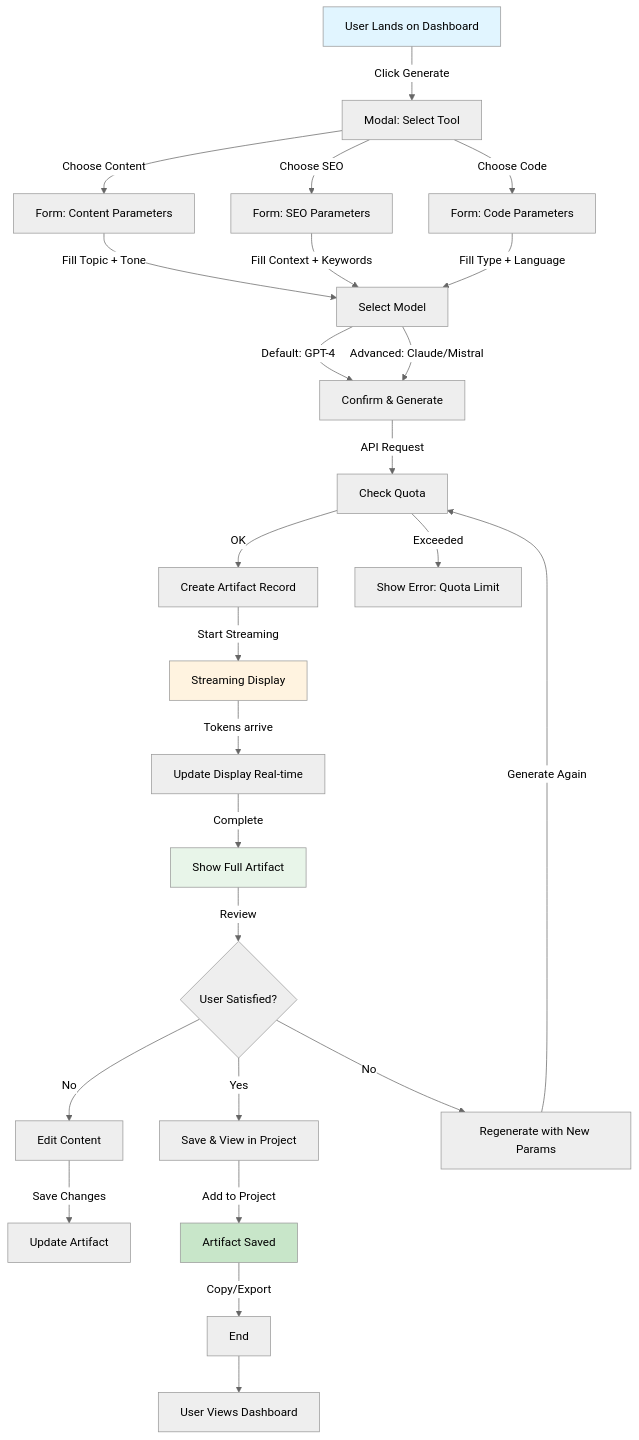
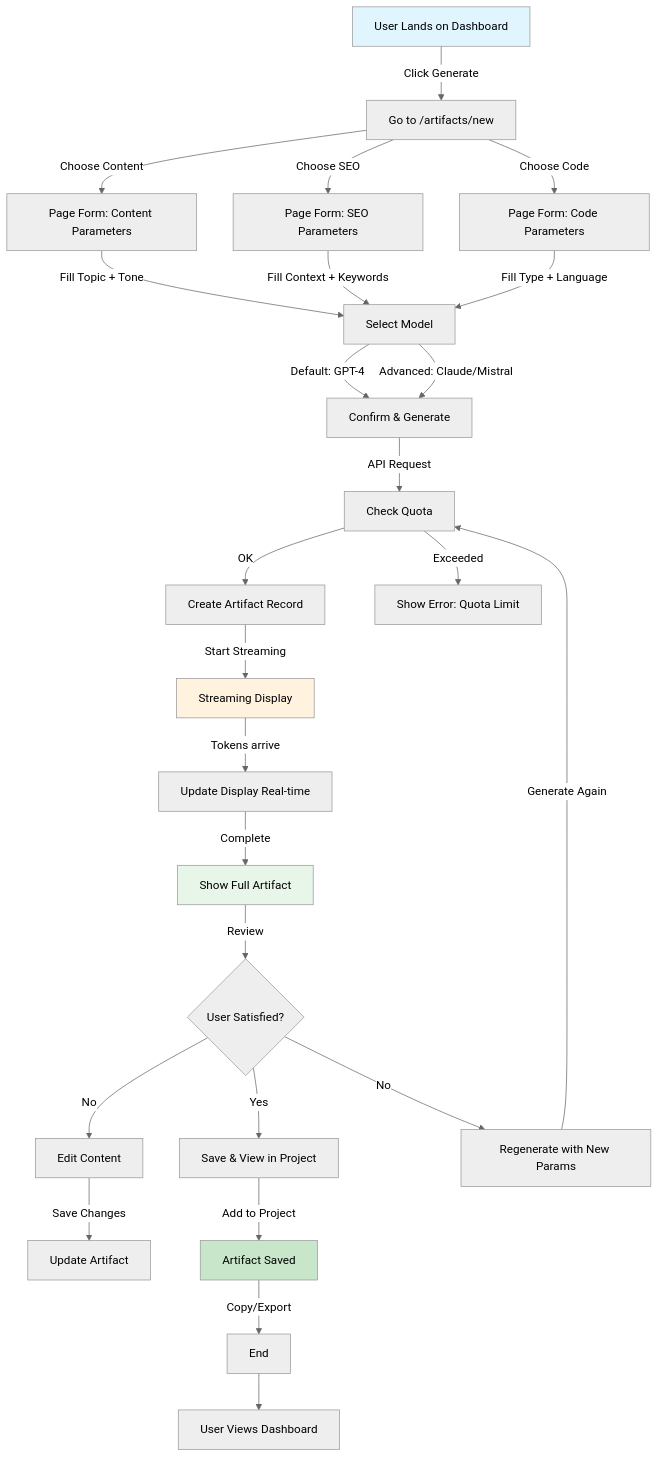
The fourth of 12 diagrams in docs/architecture-diagrams.md (federicogerardi/gen-app), drawn with Mermaid (neutral theme) before and after one commit. The commit also changed other lines of this file and 31 other files, not shown here.

````diff
--- a/docs/architecture-diagrams.md
+++ b/docs/architecture-diagrams.md
@@ -208,39 +208,39 @@
 ```mermaid
 graph TD
-    A["User Lands on Dashboard"] -->|Click Generate| B["Modal: Select Tool"]
-    B -->|Choose Content| C["Form: Content Parameters"]
-    B -->|Choose SEO| D["Form: SEO Parameters"]
-    B -->|Choose Code| E["Form: Code Parameters"]
+    A["User Lands on Dashboard"] -->|Click Generate| B["Go to /artifacts/new"]
+    B -->|Choose Content| C["Page Form: Content Parameters"]
+    B -->|Choose SEO| D["Page Form: SEO Parameters"]
+    B -->|Choose Code| E["Page Form: Code Parameters"]
     
     C -->|Fill Topic + Tone| F["Select Model"]
     D -->|Fill Context + Keywords| F
     E -->|Fill Type + Language| F
     
     F -->|Default: GPT-4| G["Confirm & Generate"]
     F -->|Advanced: Claude/Mistral| G
     
     G -->|API Request| H["Check Quota"]
     H -->|OK| I["Create Artifact Record"]
     H -->|Exceeded| J["Show Error: Quota Limit"]
     
     I -->|Start Streaming| K["Streaming Display"]
     K -->|Tokens arrive| L["Update Display Real-time"]
     L -->|Complete| M["Show Full Artifact"]
     
     M -->|Review| N{User Satisfied?}
     N -->|Yes| O["Save & View in Project"]
     N -->|No| P["Edit Content"]
     N -->|No| Q["Regenerate with New Params"]
     
     P -->|Save Changes| R["Update Artifact"]
     Q -->|Generate Again| H
     
     O -->|Add to Project| S["Artifact Saved"]
     S -->|Copy/Export| T["End"]
     T --> U["User Views Dashboard"]
 
     style A fill:#e1f5ff
     style K fill:#fff3e0
     style M fill:#e8f5e9
     style S fill:#c8e6c9
 ```
````
